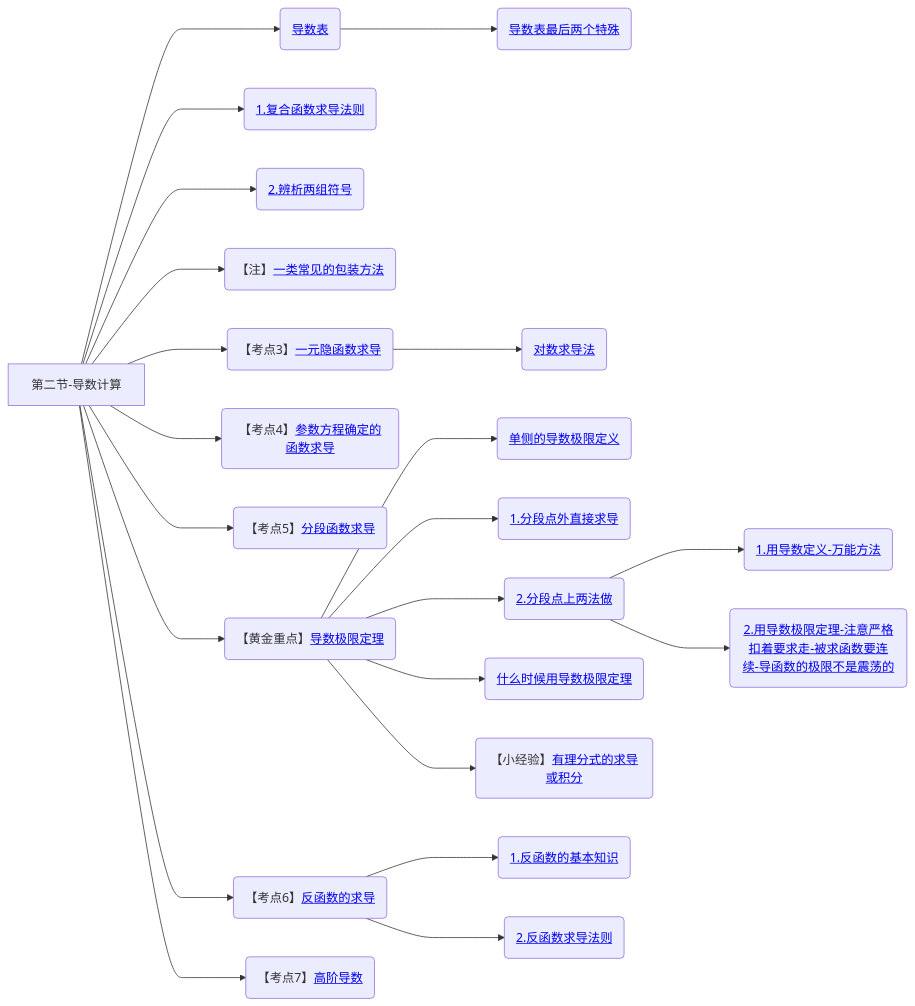
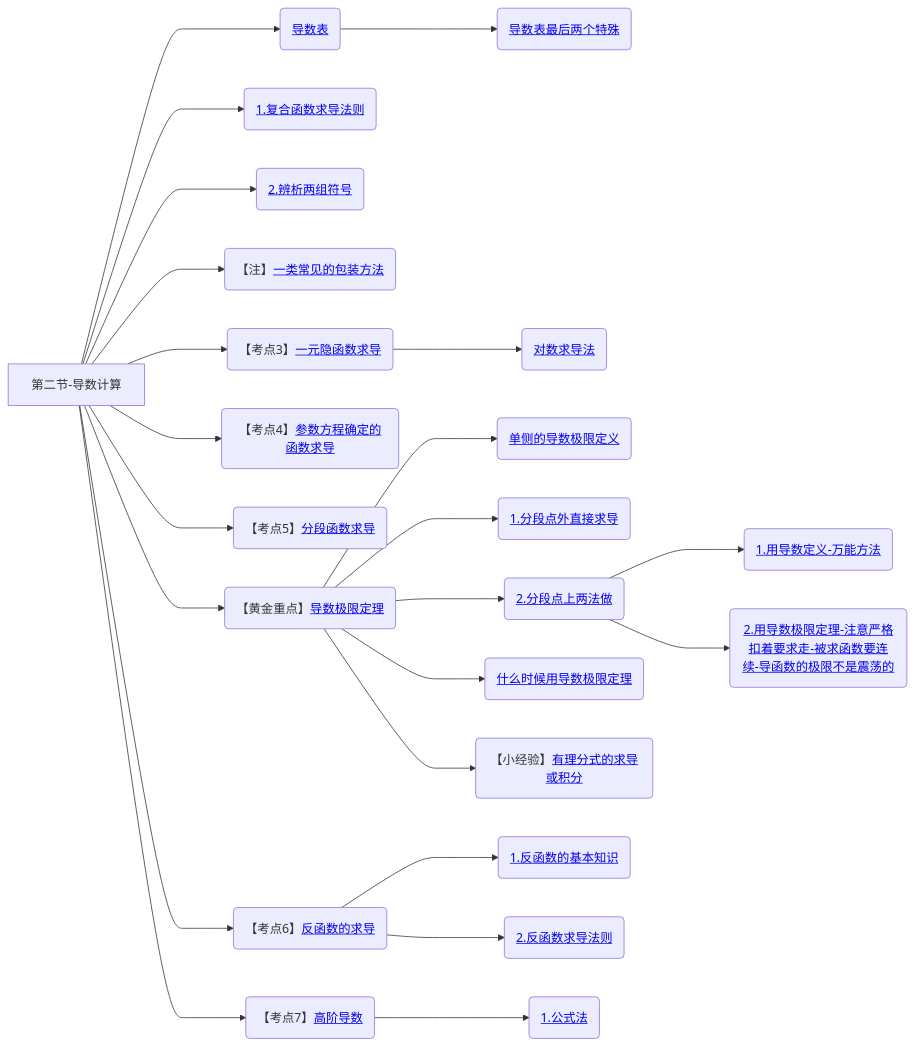
Before and after one commit to yuebinghui/note: diagram 12 of 12 in 笔记/数学/周洋鑫/01.基础班思维导图.md, drawn with Mermaid. The commit also changed 6 other files, not shown here.

````diff
--- a/笔记/数学/周洋鑫/01.基础班思维导图.md
+++ b/笔记/数学/周洋鑫/01.基础班思维导图.md
@@ -454,36 +454,37 @@
 ```mermaid
 graph LR
 第二节-导数计算
 
 第二节-导数计算--->导数表(<a href="/Users/yuebinghui/Documents/program/github/note/笔记/数学/周洋鑫/零基础提前学/11.1零基础核心考点精讲10-1.md#导数表-必须记住">导数表</>)
 导数表--->导数表最后两个特殊(<a href="/Users/yuebinghui/Documents/program/github/note/笔记/数学/周洋鑫/零基础提前学/11.1零基础核心考点精讲10-1.md#导数表最后两个特殊">导数表最后两个特殊</>)
 第二节-导数计算--->复合函数求导法则(<a href="/Users/yuebinghui/Documents/program/github/note/笔记/数学/周洋鑫/基础班/12.导数计算_1.md#复合函数求导法则">1.复合函数求导法则</>)
 第二节-导数计算--->2.辨析两组符号(<a href="/Users/yuebinghui/Documents/program/github/note/笔记/数学/周洋鑫/基础班/12.导数计算_1.md#2.辨析两组符号">2.辨析两组符号</>)
 
 第二节-导数计算--->一类常见的包装方法(【注】<a href="/Users/yuebinghui/Documents/program/github/note/笔记/数学/周洋鑫/基础班/12.导数计算_1.md#一类常见的包装方法">一类常见的包装方法</>)
 
 第二节-导数计算--->一元隐函数求导(【考点3】<a href="/Users/yuebinghui/Documents/program/github/note/笔记/数学/周洋鑫/基础班/12.导数计算_1.md#一元隐函数求导">一元隐函数求导</>)
 
 一元隐函数求导--->对数求导法(<a href="/Users/yuebinghui/Documents/program/github/note/笔记/数学/周洋鑫/基础班/13.导数计算_2.md#对数求导法">对数求导法</>)
 
 第二节-导数计算--->参数方程确定的函数求导(【考点4】<a href="/Users/yuebinghui/Documents/program/github/note/笔记/数学/周洋鑫/基础班/13.导数计算_2.md#参数方程确定的函数求导">参数方程确定的函数求导</>)
 
 第二节-导数计算--->分段函数求导(【考点5】<a href="/Users/yuebinghui/Documents/program/github/note/笔记/数学/周洋鑫/基础班/13.导数计算_2.md#分段函数求导">分段函数求导</>)
 
 第二节-导数计算--->导数极限定理(【黄金重点】<a href="/Users/yuebinghui/Documents/program/github/note/笔记/数学/周洋鑫/基础班/13.导数计算_2.md#导数极限定理">导数极限定理</>)
 导数极限定理--->单侧的导数极限定义(<a href="/Users/yuebinghui/Documents/program/github/note/笔记/数学/周洋鑫/基础班/13.导数计算_2.md#单侧的导数极限定义">单侧的导数极限定义</>)
 导数极限定理--->1.分段点外直接求导(<a href="/Users/yuebinghui/Documents/program/github/note/笔记/数学/周洋鑫/基础班/13.导数计算_2.md#1.分段点外直接求导">1.分段点外直接求导</>)
 导数极限定理--->2.分段点上两法做(<a href="/Users/yuebinghui/Documents/program/github/note/笔记/数学/周洋鑫/基础班/13.导数计算_2.md#2.分段点上两法做">2.分段点上两法做</>)
 2.分段点上两法做--->1.用导数定义-万能方法(<a href="/Users/yuebinghui/Documents/program/github/note/笔记/数学/周洋鑫/基础班/13.导数计算_2.md#1.用导数定义-万能方法">1.用导数定义-万能方法</>)
 2.分段点上两法做--->2.用导数极限定理-注意严格扣着要求走-被求函数要连续-导函数的极限不是震荡的(<a href="/Users/yuebinghui/Documents/program/github/note/笔记/数学/周洋鑫/基础班/13.导数计算_2.md#2.用导数极限定理-注意严格扣着要求走-被求函数要连续-导函数的极限不是震荡的">2.用导数极限定理-注意严格扣着要求走-被求函数要连续-导函数的极限不是震荡的</>)
 导数极限定理--->什么时候用导数极限定理(<a href="/Users/yuebinghui/Documents/program/github/note/笔记/数学/周洋鑫/基础班/13.导数计算_2.md#什么时候用导数极限定理">什么时候用导数极限定理</>)
 
 导数极限定理--->有理分式的求导或积分(【小经验】<a href="/Users/yuebinghui/Documents/program/github/note/笔记/数学/周洋鑫/基础班/13.导数计算_2.md#有理分式的求导或积分">有理分式的求导或积分</>)
 
 第二节-导数计算--->反函数的求导(【考点6】<a href="/Users/yuebinghui/Documents/program/github/note/笔记/数学/周洋鑫/基础班/13.导数计算_2.md#反函数的求导">反函数的求导</>)
 反函数的求导--->1.反函数的基本知识(<a href="/Users/yuebinghui/Documents/program/github/note/笔记/数学/周洋鑫/基础班/13.导数计算_2.md#1.反函数的基本知识">1.反函数的基本知识</>)
 反函数的求导--->2.反函数求导法则(<a href="/Users/yuebinghui/Documents/program/github/note/笔记/数学/周洋鑫/基础班/13.导数计算_2.md#2.反函数求导法则">2.反函数求导法则</>)
 
 第二节-导数计算--->高阶导数(【考点7】<a href="/Users/yuebinghui/Documents/program/github/note/笔记/数学/周洋鑫/基础班/14.导数的几何意义与微分定义.md#高阶导数">高阶导数</>)
+高阶导数--->1.公式法(<a href="/Users/yuebinghui/Documents/program/github/note/笔记/数学/周洋鑫/基础班/14.导数的几何意义与微分定义.md#1.公式法">1.公式法</>)
 
 ```
````
